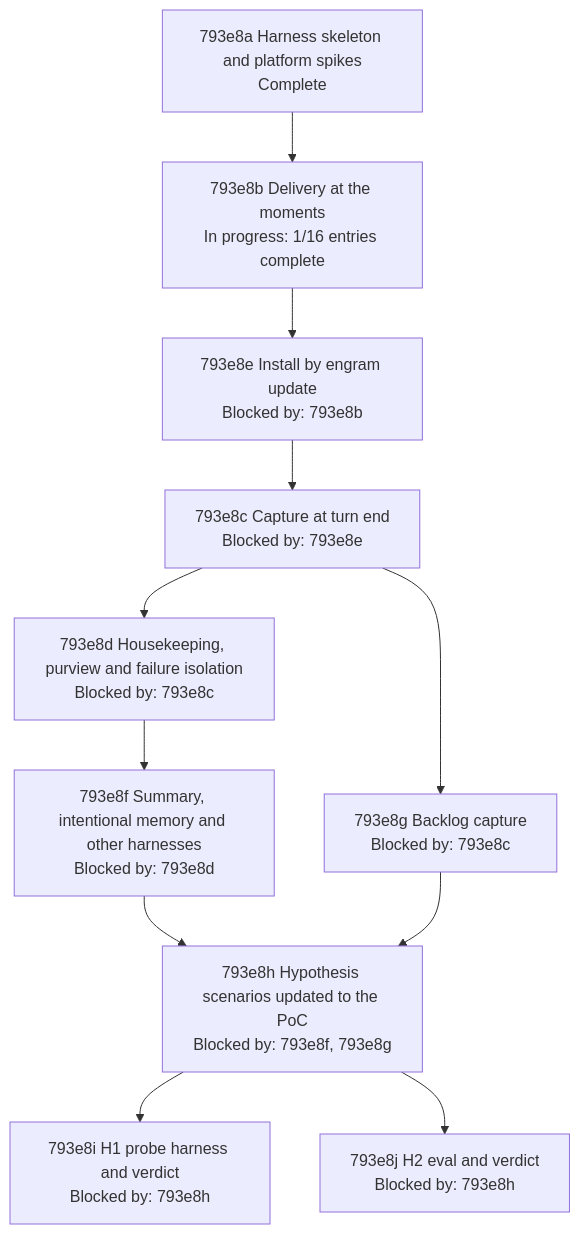
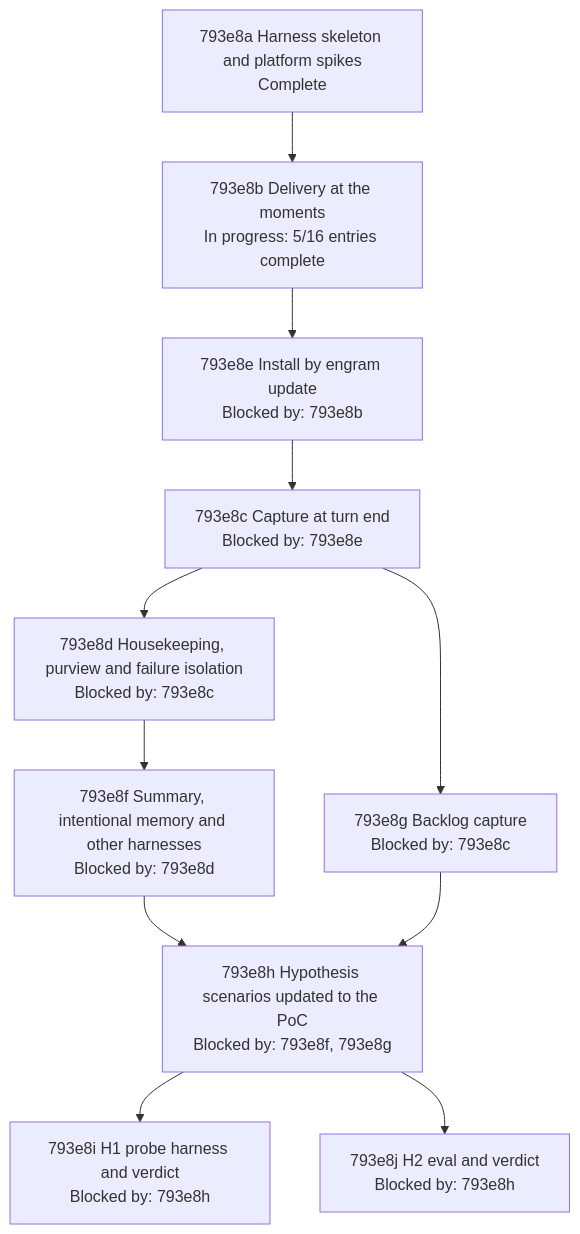
One commit to toejough/engram changed the diagram in docs/changes/793_parallel-memory-agent/793e_implementation-plan.md. Above: the diagram before and after it, drawn with Mermaid. The commit also changed other lines of this file and 9 other files, not shown here.

````diff
--- a/docs/changes/793_parallel-memory-agent/793e_implementation-plan.md
+++ b/docs/changes/793_parallel-memory-agent/793e_implementation-plan.md
@@ -214,21 +214,21 @@
 ```mermaid
 flowchart TD
   n793e8a["793e8a Harness skeleton and platform spikes<br/>Complete"]
-  n793e8b["793e8b Delivery at the moments<br/>In progress: 1/16 entries complete"]
+  n793e8b["793e8b Delivery at the moments<br/>In progress: 5/16 entries complete"]
   n793e8e["793e8e Install by engram update<br/>Blocked by: 793e8b"]
   n793e8c["793e8c Capture at turn end<br/>Blocked by: 793e8e"]
   n793e8d["793e8d Housekeeping, purview and failure isolation<br/>Blocked by: 793e8c"]
   n793e8g["793e8g Backlog capture<br/>Blocked by: 793e8c"]
   n793e8f["793e8f Summary, intentional memory and other harnesses<br/>Blocked by: 793e8d"]
   n793e8h["793e8h Hypothesis scenarios updated to the PoC<br/>Blocked by: 793e8f, 793e8g"]
   n793e8i["793e8i H1 probe harness and verdict<br/>Blocked by: 793e8h"]
   n793e8j["793e8j H2 eval and verdict<br/>Blocked by: 793e8h"]
   n793e8a --> n793e8b --> n793e8e --> n793e8c
   n793e8c --> n793e8d
   n793e8c --> n793e8g
   n793e8d --> n793e8f
   n793e8f --> n793e8h
   n793e8g --> n793e8h
   n793e8h --> n793e8i
   n793e8h --> n793e8j
 ```
````
